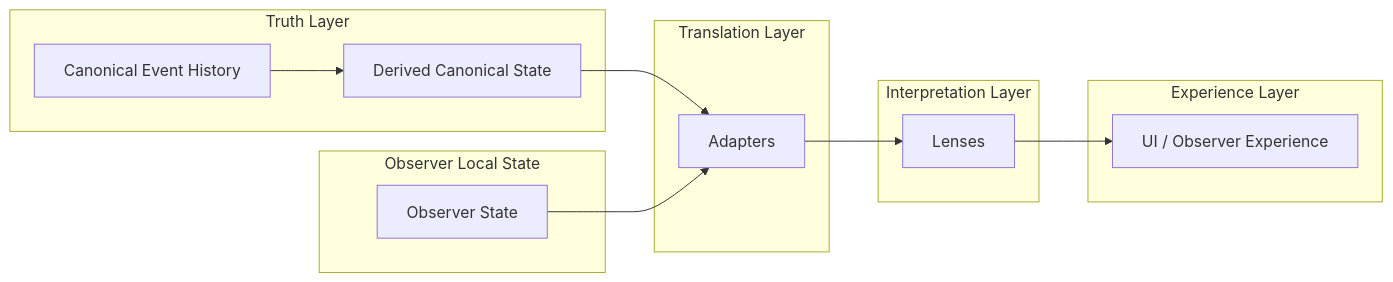
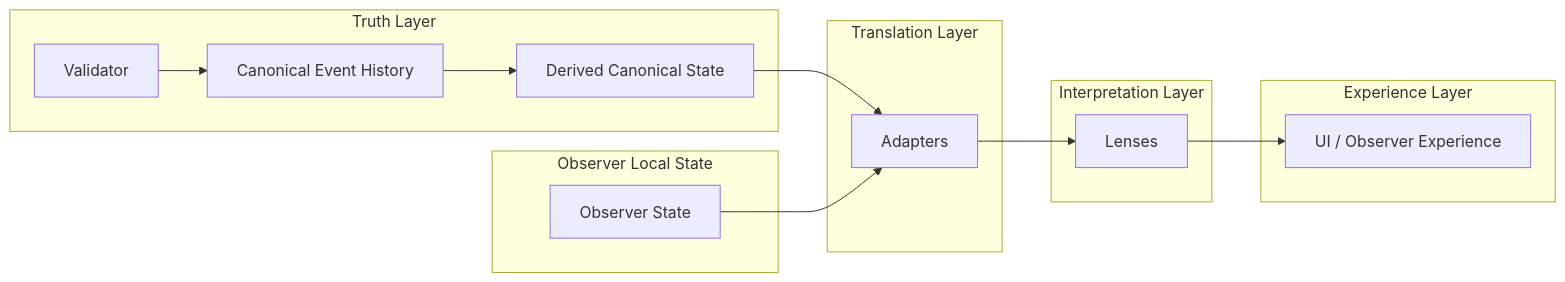
One commit to godofthunder101/crypsa-architecture changed the diagram in diagrams/CrypSA_Adapter_Lens_Runtime_Relationship.md. Above: the diagram before and after it, drawn with Mermaid. The commit also changed other lines of this file, not shown here.

`````diff
--- a/diagrams/CrypSA_Adapter_Lens_Runtime_Relationship.md
+++ b/diagrams/CrypSA_Adapter_Lens_Runtime_Relationship.md
@@ -16,30 +18,32 @@
 ```mermaid
 flowchart LR
 
 subgraph "Truth Layer"
+    V[Validator]
     A[Canonical Event History]
     B[Derived Canonical State]
 end
 
 subgraph "Observer Local State"
     C[Observer State]
 end
 
 subgraph "Translation Layer"
     D[Adapters]
 end
 
 subgraph "Interpretation Layer"
     E[Lenses]
 end
 
 subgraph "Experience Layer"
     F[UI / Observer Experience]
 end
 
+V --> A
 A --> B
 B --> D
 C --> D
 D --> E
 E --> F
-````
+```
`````
